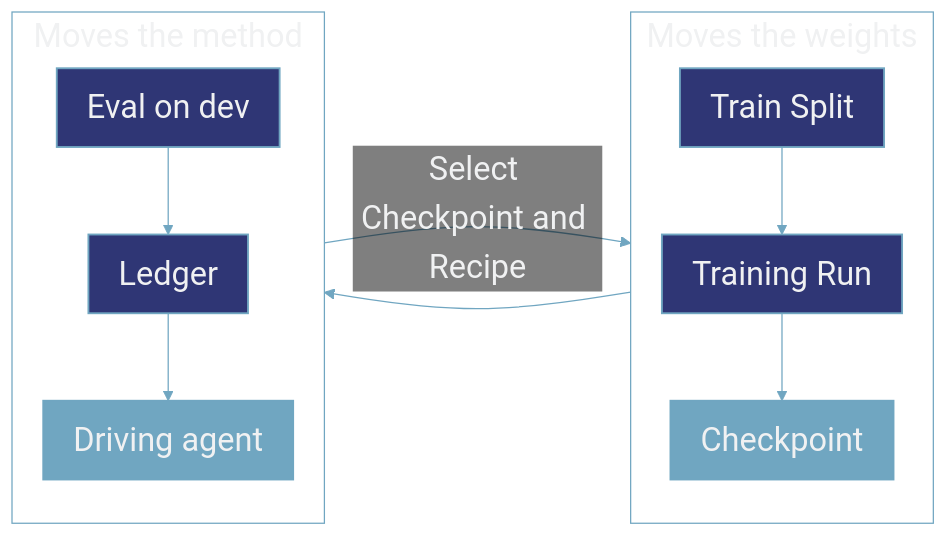
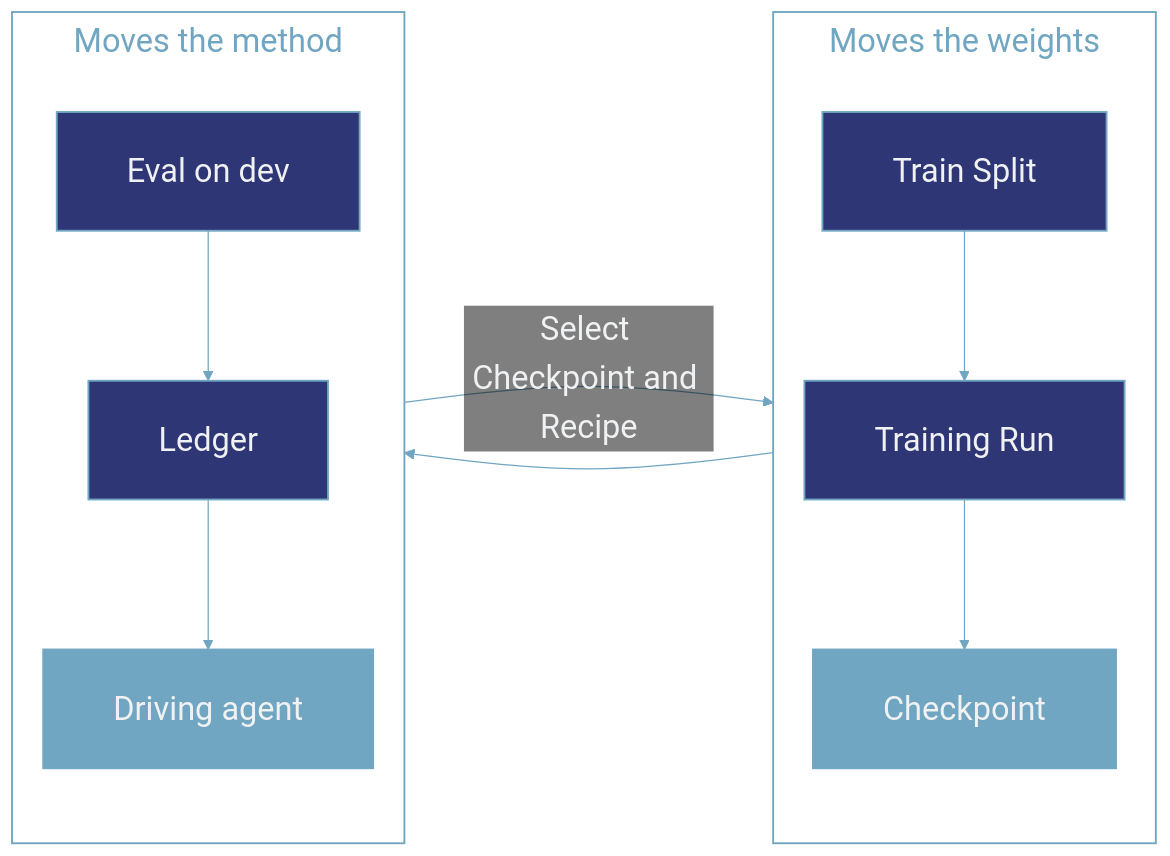
Before and after one commit to Monte-Inc/internal-monte-platform-docs: the first of 2 diagrams in concepts/improvement.mdx, drawn with Mermaid.

Commit message:
The subgraph titles are readable, and the boxes are taller
The titles inherited primaryTextColor, which is near-white: correct
against a navy node, invisible against a transparent cluster on a light
page. They take the border's blue instead, which reads on both themes.

rankSpacing is the vertical gap inside a direction TB subgraph, and I had
cut it to 45 chasing overall scale. Back up to 95, with more cluster
padding, so the boxes have height.

````diff
--- a/concepts/improvement.mdx
+++ b/concepts/improvement.mdx
@@ -11,18 +11,20 @@
 ```mermaid actions={false}
-%%{init: {'theme': 'base', 'themeVariables': {'primaryColor': '#315594', 'primaryTextColor': '#F0F1F2', 'primaryBorderColor': '#315594', 'lineColor': '#70A6C1', 'textColor': '#17181B', 'clusterBkg': 'transparent', 'clusterBorder': '#70A6C1', 'edgeLabelBackground': 'transparent', 'tertiaryColor': '#315594', 'tertiaryTextColor': '#F0F1F2', 'tertiaryBorderColor': '#315594', 'fontSize': '26px'}, 'flowchart': {'subGraphTitleMargin': {'top': 0, 'bottom': 10}, 'rankSpacing': 45, 'nodeSpacing': 30, 'padding': 12}}}%%
+%%{init: {'theme': 'base', 'themeVariables': {'primaryColor': '#315594', 'primaryTextColor': '#F0F1F2', 'primaryBorderColor': '#315594', 'lineColor': '#70A6C1', 'textColor': '#17181B', 'titleColor': '#70A6C1', 'clusterBkg': 'transparent', 'clusterBorder': '#70A6C1', 'edgeLabelBackground': 'transparent', 'tertiaryColor': '#315594', 'tertiaryTextColor': '#F0F1F2', 'tertiaryBorderColor': '#315594', 'fontSize': '26px'}, 'flowchart': {'subGraphTitleMargin': {'top': 4, 'bottom': 16}, 'rankSpacing': 95, 'nodeSpacing': 30, 'padding': 28}}}%%
 flowchart LR
     subgraph INNER["Moves the weights"]
         direction TB
         TRAIN["Train Split"]:::entry --> RUN["Training Run"]:::score --> CKPT["Checkpoint"]:::model
     end
     subgraph OUTER["Moves the method"]
         direction TB
         EVAL["Eval on dev"]:::score --> LEDGER["Ledger"]:::entry --> AGENT["Driving agent"]:::model
     end
     CKPT --> EVAL
     AGENT -->|"Select Checkpoint and Recipe"| RUN
 
+    class INNER,OUTER cluster;
+    classDef cluster fill:transparent,stroke:#70A6C1,stroke-width:1.5px,color:#70A6C1;
     classDef entry fill:#2F3675,stroke:#70A6C1,stroke-width:1.5px,color:#F0F1F2;
     classDef model fill:#70A6C1,stroke:#70A6C1,stroke-width:1.5px,color:#F0F1F2;
     classDef score fill:#2F3675,stroke:#70A6C1,stroke-width:1.5px,color:#F0F1F2;
 ```
````
